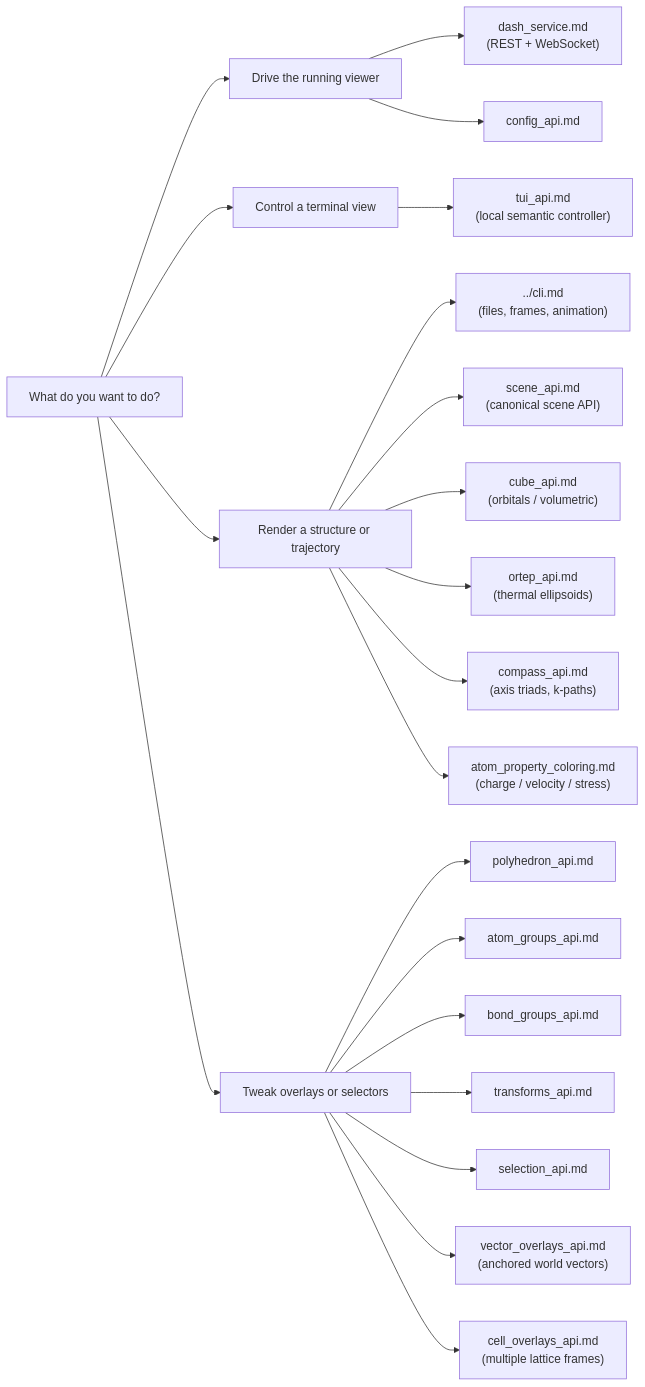
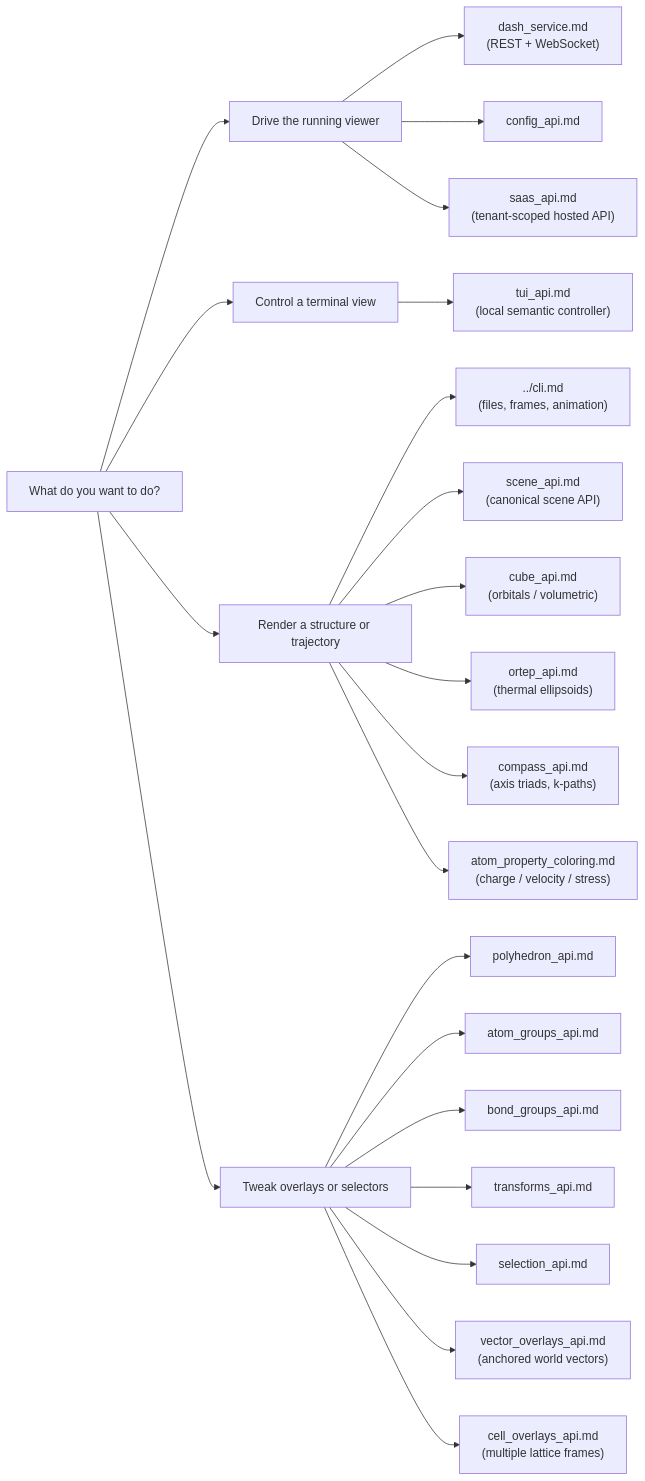
Before and after one commit to SchrodingersCattt/MatterVis: the first of 2 diagrams in docs/agents/README.md, drawn with Mermaid. The commit also changed other lines of this file and 28 other files, not shown here.

Commit message:
feat: add tenant-scoped SaaS service foundation

````diff
--- a/docs/agents/README.md
+++ b/docs/agents/README.md
@@ -13,27 +13,28 @@
 ```mermaid
 flowchart LR
     Q["What do you want to do?"]
     Q --> LIVE["Drive the running viewer"]
     Q --> TUI["Control a terminal view"]
     Q --> STATIC["Render a structure or trajectory"]
     Q --> OVERLAY["Tweak overlays or selectors"]
 
     LIVE --> DASH["dash_service.md<br/>(REST + WebSocket)"]
     TUI --> TUIAPI["tui_api.md<br/>(local semantic controller)"]
 
     STATIC --> CLI["../cli.md<br/>(files, frames, animation)"]
     STATIC --> SCENE["scene_api.md<br/>(canonical scene API)"]
     STATIC --> CUBE["cube_api.md<br/>(orbitals / volumetric)"]
     STATIC --> ORTEP["ortep_api.md<br/>(thermal ellipsoids)"]
     STATIC --> COMPASS["compass_api.md<br/>(axis triads, k-paths)"]
     STATIC --> PROPERTY["atom_property_coloring.md<br/>(charge / velocity / stress)"]
 
     OVERLAY --> POLY["polyhedron_api.md"]
     OVERLAY --> AG["atom_groups_api.md"]
     OVERLAY --> BG["bond_groups_api.md"]
     OVERLAY --> TR["transforms_api.md"]
     OVERLAY --> SEL["selection_api.md"]
     OVERLAY --> VEC["vector_overlays_api.md<br/>(anchored world vectors)"]
     OVERLAY --> CELL["cell_overlays_api.md<br/>(multiple lattice frames)"]
     LIVE --> CONFIG["config_api.md"]
+    LIVE --> SAAS["saas_api.md<br/>(tenant-scoped hosted API)"]
 ```
````
